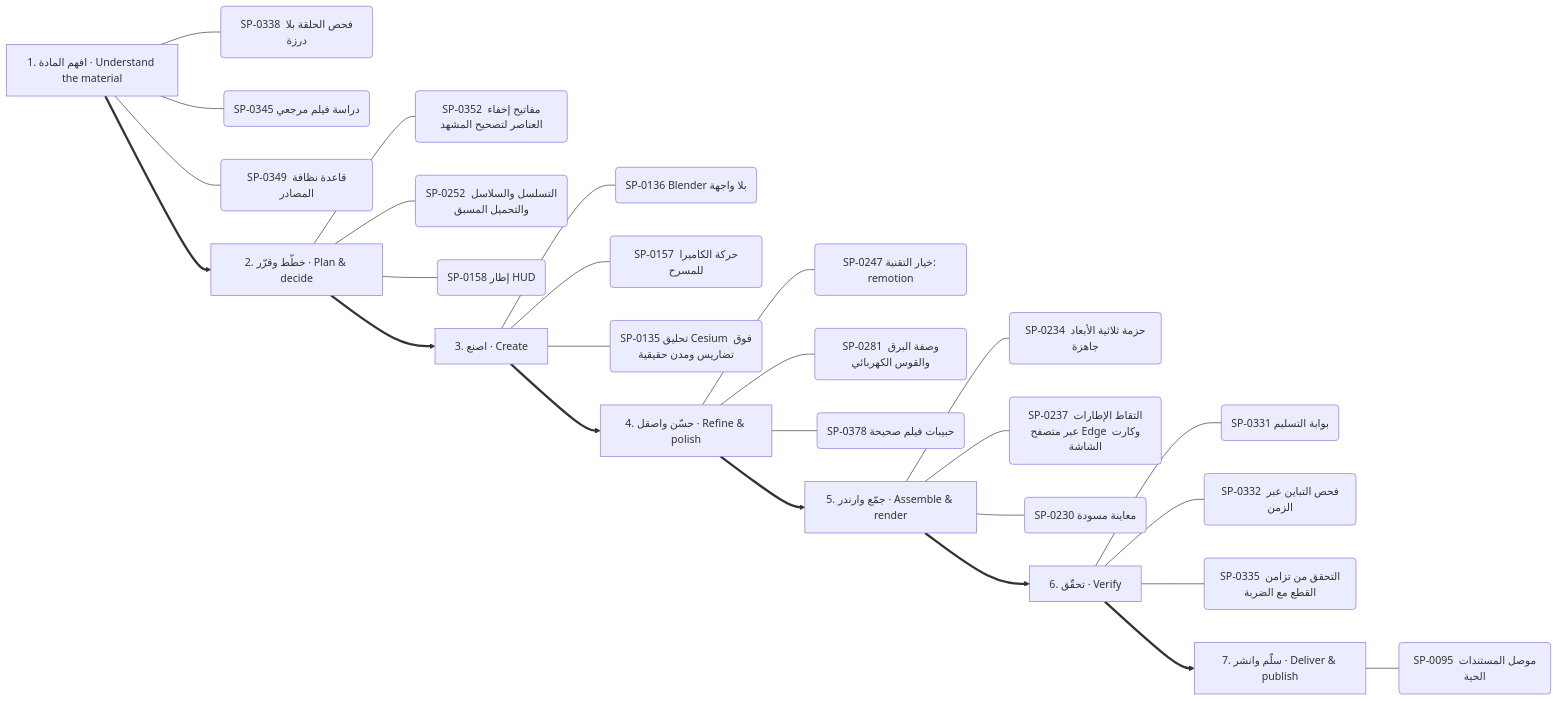
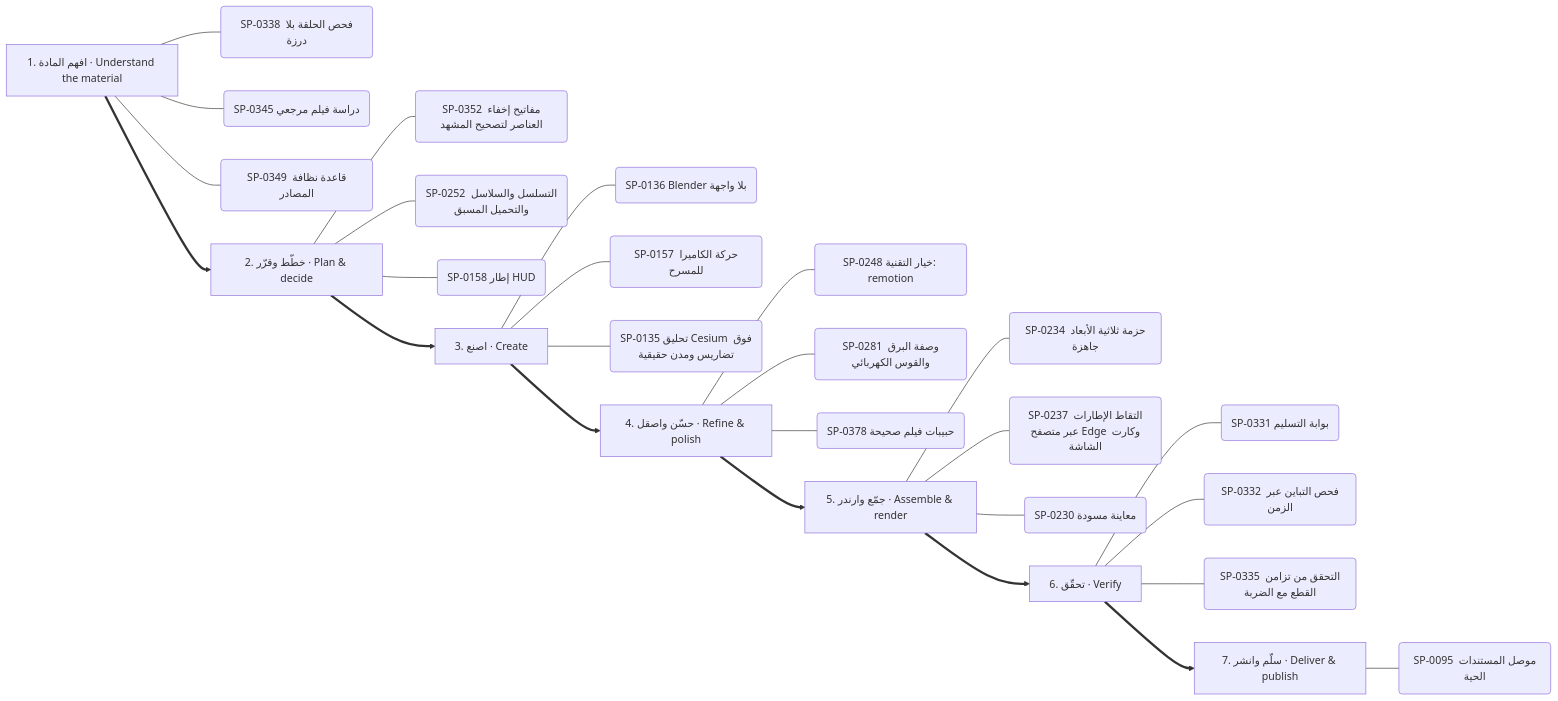
One commit to kosif199022-jpg/kosif-tool changed the eighth of 13 diagrams in .claude/skills/kosif-superpowers/references/capability-mindmap.md. Above: the diagram before and after it, drawn with Mermaid. The commit also changed other lines of this file and 25 other files, not shown here.

````diff
--- a/.claude/skills/kosif-superpowers/references/capability-mindmap.md
+++ b/.claude/skills/kosif-superpowers/references/capability-mindmap.md
@@ -406,35 +406,35 @@
 ```mermaid
 flowchart LR
   S0["1. افهم المادة · Understand the material"]
   S0 --- S0_0("SP-0338 فحص الحلقة بلا درزة")
   S0 --- S0_1("SP-0345 دراسة فيلم مرجعي")
   S0 --- S0_2("SP-0349 قاعدة نظافة المصادر")
   S1["2. خطّط وقرّر · Plan & decide"]
   S1 --- S1_0("SP-0352 مفاتيح إخفاء العناصر لتصحيح المشهد")
   S1 --- S1_1("SP-0252 التسلسل والسلاسل والتحميل المسبق")
   S1 --- S1_2("SP-0158 إطار HUD")
   S0 ==> S1
   S2["3. اصنع · Create"]
   S2 --- S2_0("SP-0136 Blender بلا واجهة")
   S2 --- S2_1("SP-0157 حركة الكاميرا للمسرح")
   S2 --- S2_2("SP-0135 تحليق Cesium فوق تضاريس ومدن حقيقية")
   S1 ==> S2
   S3["4. حسّن واصقل · Refine & polish"]
-  S3 --- S3_0("SP-0247 خيار التقنية: remotion")
+  S3 --- S3_0("SP-0248 خيار التقنية: remotion")
   S3 --- S3_1("SP-0281 وصفة البرق والقوس الكهربائي")
   S3 --- S3_2("SP-0378 حبيبات فيلم صحيحة")
   S2 ==> S3
   S4["5. جمّع وارندر · Assemble & render"]
   S4 --- S4_0("SP-0234 حزمة ثلاثية الأبعاد جاهزة")
   S4 --- S4_1("SP-0237 التقاط الإطارات عبر متصفح Edge وكارت الشاشة")
   S4 --- S4_2("SP-0230 معاينة مسودة")
   S3 ==> S4
   S5["6. تحقّق · Verify"]
   S5 --- S5_0("SP-0331 بوابة التسليم")
   S5 --- S5_1("SP-0332 فحص التباين عبر الزمن")
   S5 --- S5_2("SP-0335 التحقق من تزامن القطع مع الضربة")
   S4 ==> S5
   S6["7. سلّم وانشر · Deliver & publish"]
   S6 --- S6_0("SP-0095 موصل المستندات الحية")
   S5 ==> S6
 ```
````
